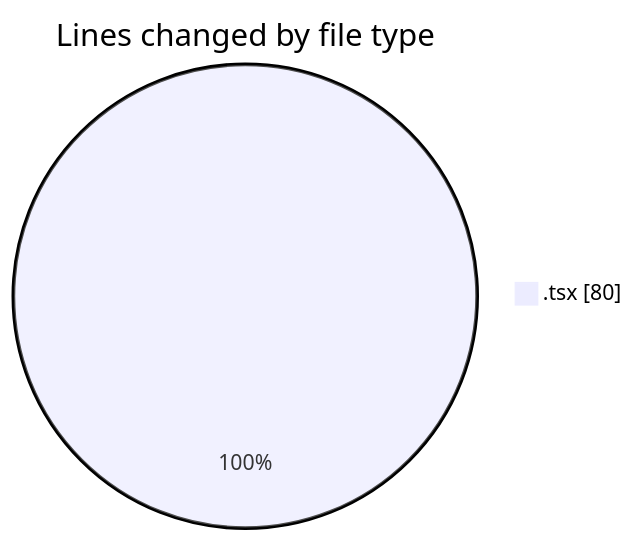
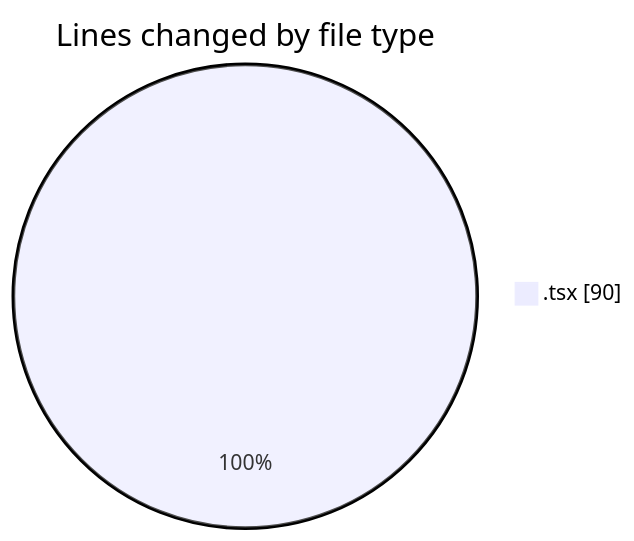
One commit to EIIisD/code-tracking changed the first of 2 diagrams in 2025-08-04/tw-server/README.md. Above: the diagram before and after it, drawn with Mermaid. The commit also changed other lines of this file and 1 other file, not shown here.

````diff
--- a/2025-08-04/tw-server/README.md
+++ b/2025-08-04/tw-server/README.md
@@ -20,5 +20,5 @@
 ```mermaid
 pie showData
 title Lines changed by file type
-".tsx" : 80
+".tsx" : 90
 ```
````
